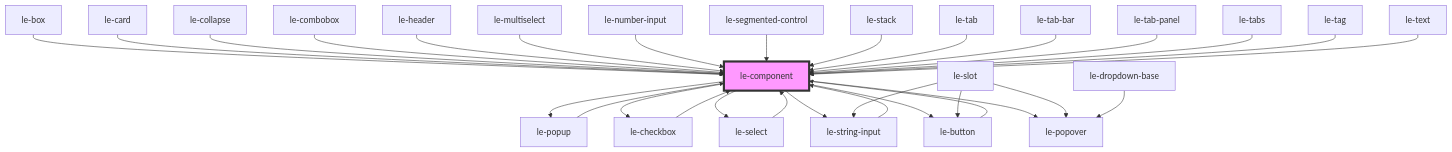
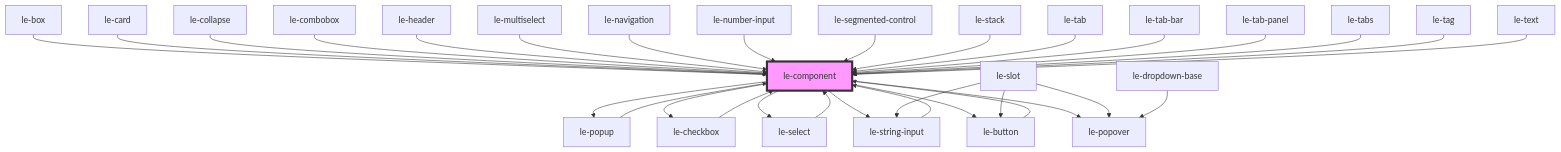
The diagram in src/components/le-component/readme.md (leechy/le-kit), drawn with Mermaid before and after one commit. The commit also changed other lines of this file and 11 other files, not shown here.

First line of the commit message:
feat(navigation): add le-navigation component

````diff
--- a/src/components/le-component/readme.md
+++ b/src/components/le-component/readme.md
@@ -84,34 +85,35 @@
 ```mermaid
 graph TD;
   le-component --> le-button
   le-component --> le-select
   le-component --> le-checkbox
   le-component --> le-string-input
   le-component --> le-popover
   le-component --> le-popup
   le-button --> le-component
   le-slot --> le-popover
   le-slot --> le-button
   le-slot --> le-string-input
   le-string-input --> le-component
   le-select --> le-component
   le-dropdown-base --> le-popover
   le-checkbox --> le-component
   le-popup --> le-component
   le-box --> le-component
   le-card --> le-component
   le-collapse --> le-component
   le-combobox --> le-component
   le-header --> le-component
   le-multiselect --> le-component
+  le-navigation --> le-component
   le-number-input --> le-component
   le-segmented-control --> le-component
   le-stack --> le-component
   le-tab --> le-component
   le-tab-bar --> le-component
   le-tab-panel --> le-component
   le-tabs --> le-component
   le-tag --> le-component
   le-text --> le-component
   style le-component fill:#f9f,stroke:#333,stroke-width:4px
 ```
````
